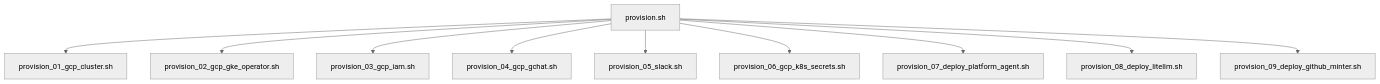
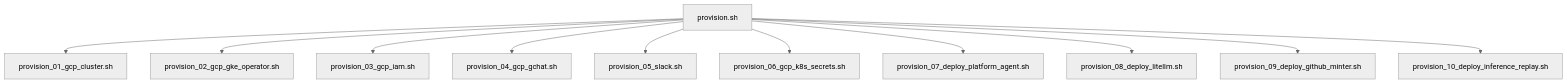
Before and after one commit to gke-labs/kube-agents: the first of 2 diagrams in k8s-operator/README.md, drawn with Mermaid (neutral theme). The commit also changed other lines of this file and 12 other files, not shown here.

First line of the commit message:
feat(inference-replay): add optional provisioning step for replay proxy

````diff
--- a/k8s-operator/README.md
+++ b/k8s-operator/README.md
@@ -45,12 +45,13 @@
 ```mermaid
 graph TD
     A[provision.sh] --> B[provision_01_gcp_cluster.sh]
     A --> C[provision_02_gcp_gke_operator.sh]
     A --> D[provision_03_gcp_iam.sh]
     A --> E[provision_04_gcp_gchat.sh]
     A --> F[provision_05_slack.sh]
     A --> G[provision_06_gcp_k8s_secrets.sh]
     A --> H[provision_07_deploy_platform_agent.sh]
     A --> I[provision_08_deploy_litellm.sh]
     A --> J[provision_09_deploy_github_minter.sh]
+    A --> K[provision_10_deploy_inference_replay.sh]
 ```
````
